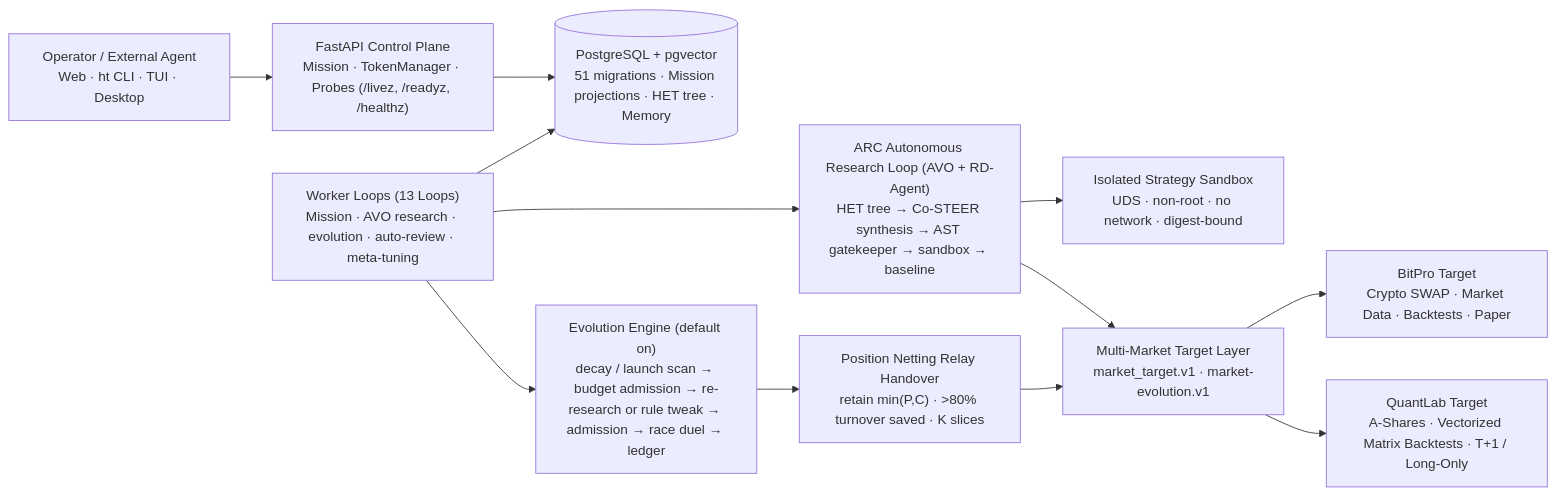
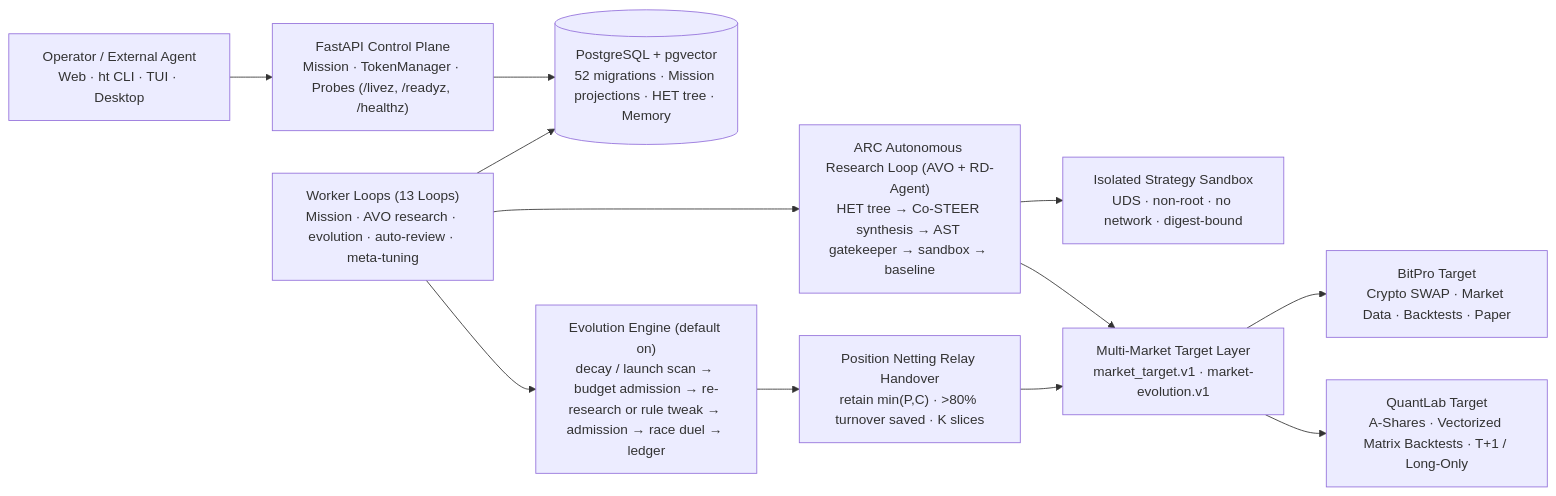
One commit to Shadowell/HyperTrade changed the first of 2 diagrams in README.en.md. Above: the diagram before and after it, drawn with Mermaid. The commit also changed other lines of this file and 5 other files, not shown here.

````diff
--- a/README.en.md
+++ b/README.en.md
@@ -55,14 +55,14 @@
 ```mermaid
 flowchart LR
   Op["Operator / External Agent<br/>Web · ht CLI · TUI · Desktop"] --> API["FastAPI Control Plane<br/>Mission · TokenManager · Probes (/livez, /readyz, /healthz)"]
-  API --> DB[("PostgreSQL + pgvector<br/>51 migrations · Mission projections · HET tree · Memory")]
+  API --> DB[("PostgreSQL + pgvector<br/>52 migrations · Mission projections · HET tree · Memory")]
   Worker["Worker Loops (13 Loops)<br/>Mission · AVO research · evolution · auto-review · meta-tuning"] --> DB
   Worker --> Research["ARC Autonomous Research Loop (AVO + RD-Agent)<br/>HET tree → Co-STEER synthesis → AST gatekeeper → sandbox → baseline"]
   Worker --> Evolution["Evolution Engine (default on)<br/>decay / launch scan → budget admission → re-research or rule tweak → admission → race duel → ledger"]
   Research --> Sandbox["Isolated Strategy Sandbox<br/>UDS · non-root · no network · digest-bound"]
   Research --> Targets["Multi-Market Target Layer<br/>market_target.v1 · market-evolution.v1"]
   Evolution --> Relay["Position Netting Relay Handover<br/>retain min(P,C) · >80% turnover saved · K slices"]
   Relay --> Targets
   Targets --> BitPro["BitPro Target<br/>Crypto SWAP · Market Data · Backtests · Paper"]
   Targets --> QuantLab["QuantLab Target<br/>A-Shares · Vectorized Matrix Backtests · T+1 / Long-Only"]
 ```
````
